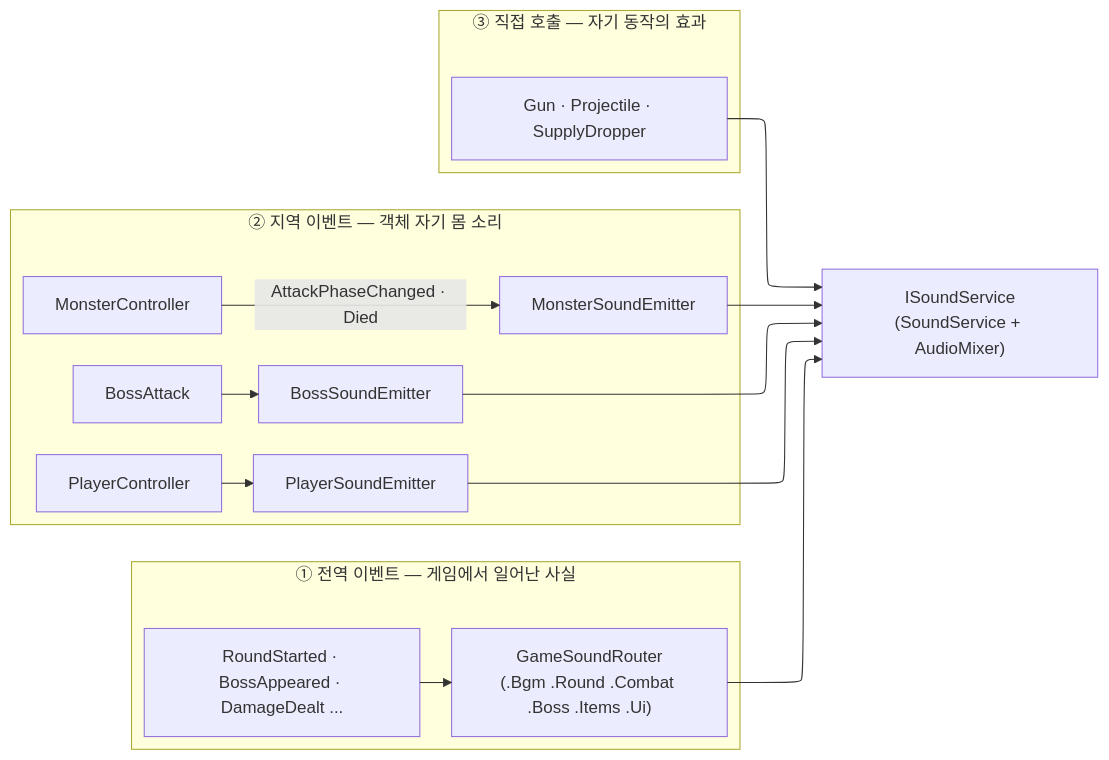
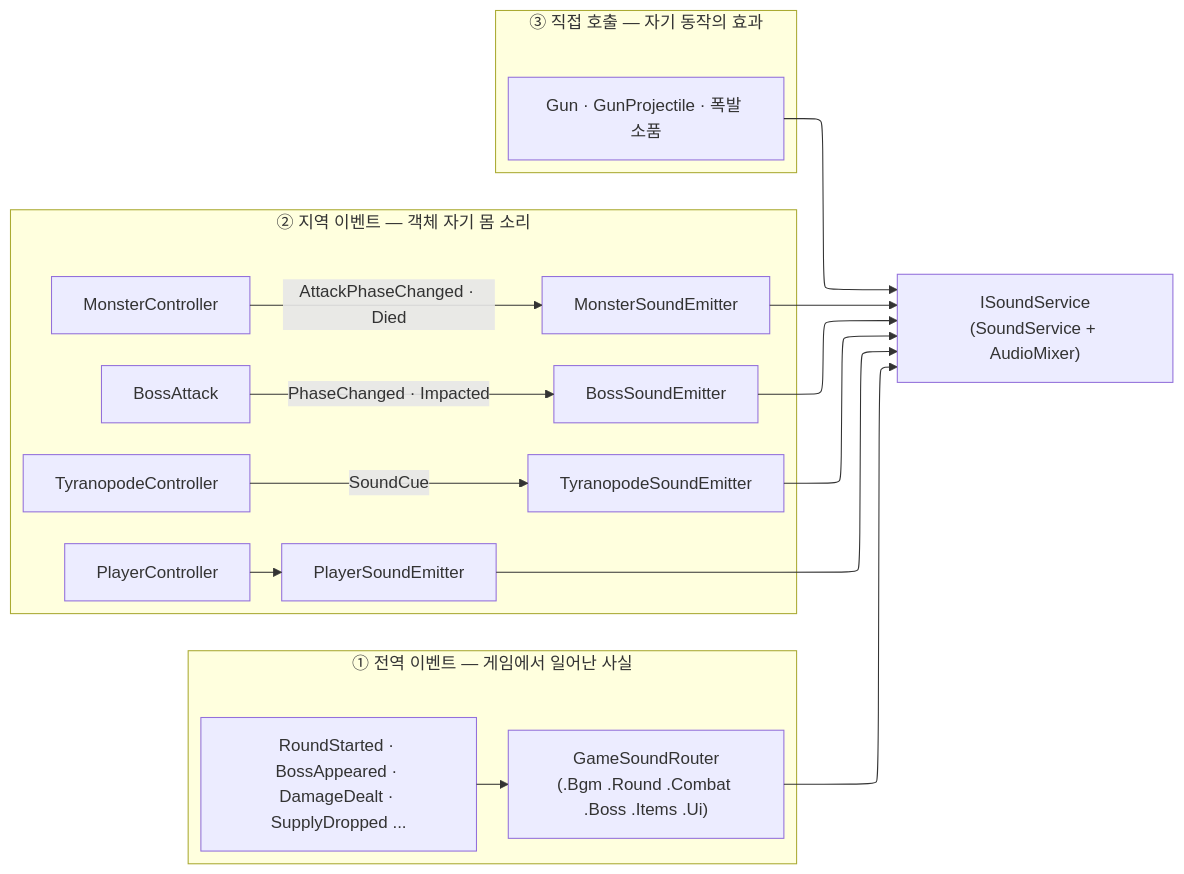
One commit to pinkshield/portfolio changed the seventh of 9 diagrams in src/4-team-even/기술문서.md. Above: the diagram before and after it, drawn with Mermaid. The commit also changed other lines of this file and 3 other files, not shown here.

````diff
--- a/src/4-team-even/기술문서.md
+++ b/src/4-team-even/기술문서.md
@@ -407,20 +466,22 @@
 ```mermaid
 %%{init: {"layout": "elk"}}%%
 flowchart LR
     subgraph G["① 전역 이벤트 — 게임에서 일어난 사실"]
-        E1["RoundStarted · BossAppeared · DamageDealt ..."] --> R["GameSoundRouter<br/>(.Bgm .Round .Combat .Boss .Items .Ui)"]
+        E1["RoundStarted · BossAppeared · DamageDealt · SupplyDropped ..."] --> R["GameSoundRouter<br/>(.Bgm .Round .Combat .Boss .Items .Ui)"]
     end
     subgraph L["② 지역 이벤트 — 객체 자기 몸 소리"]
         M["MonsterController"] -->|"AttackPhaseChanged · Died"| ME["MonsterSoundEmitter"]
-        B["BossAttack"] --> BE["BossSoundEmitter"]
+        B["BossAttack"] -->|"PhaseChanged · Impacted"| BE["BossSoundEmitter"]
+        T["TyranopodeController"] -->|"SoundCue"| TE["TyranopodeSoundEmitter"]
         P["PlayerController"] --> PE["PlayerSoundEmitter"]
     end
     subgraph D["③ 직접 호출 — 자기 동작의 효과"]
-        Gun["Gun · Projectile · SupplyDropper"]
+        Gun["Gun · GunProjectile · 폭발 소품"]
     end
     R --> S["ISoundService<br/>(SoundService + AudioMixer)"]
     ME --> S
     BE --> S
+    TE --> S
     PE --> S
     Gun --> S
 ```
````
